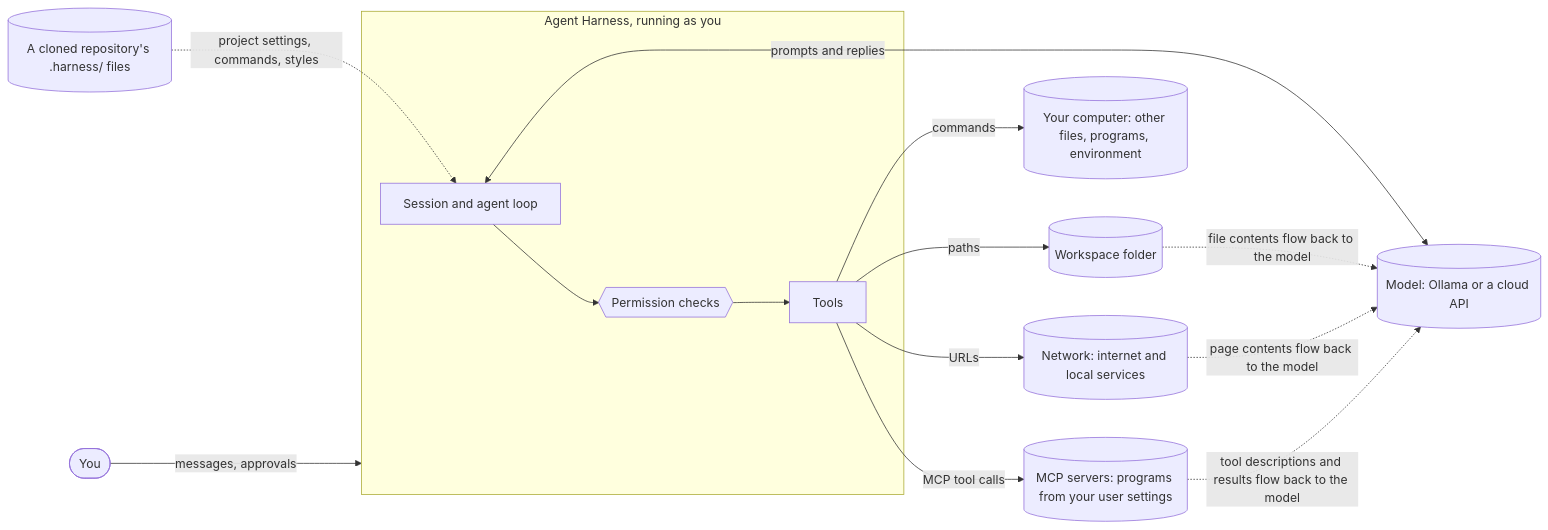
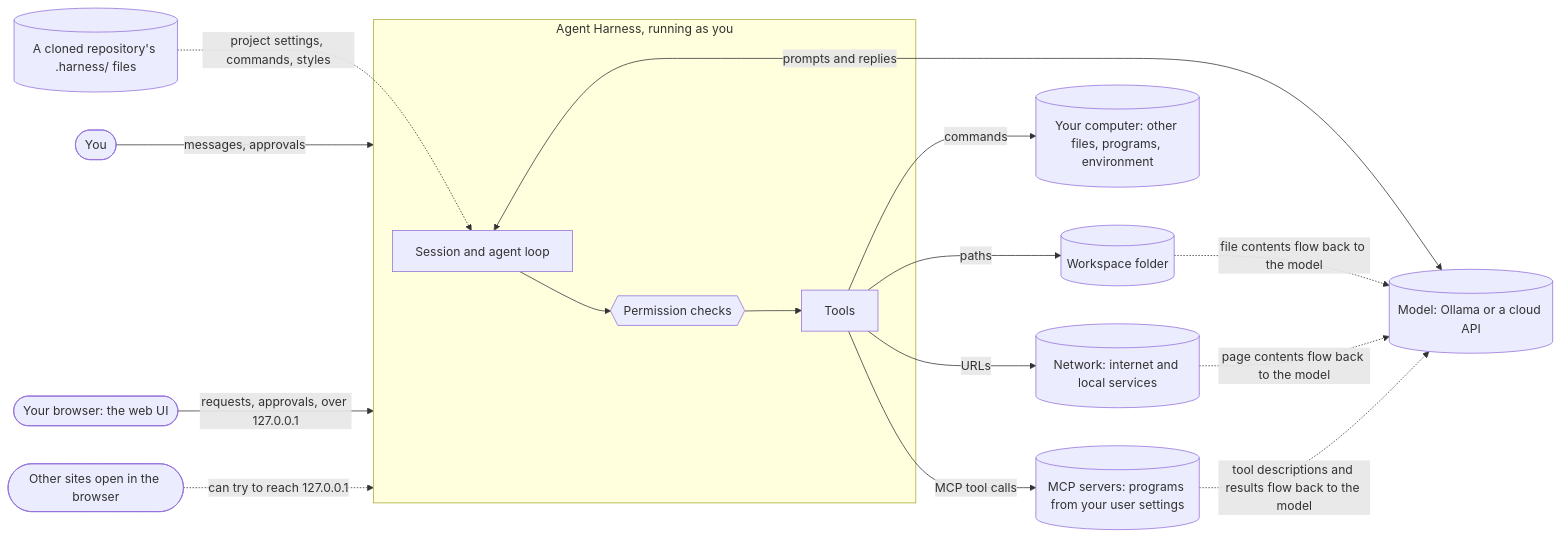
Before and after one commit to havish-coder/agent-harness: the first of 2 diagrams in docs/security.md, drawn with Mermaid. The commit also changed other lines of this file and 9 other files, not shown here.

````diff
--- a/docs/security.md
+++ b/docs/security.md
@@ -27,17 +27,19 @@
 ```mermaid
 flowchart LR
     U([You]) -->|messages, approvals| H
     subgraph H[Agent Harness, running as you]
         S[Session and agent loop] --> P{{Permission checks}}
         P --> T[Tools]
     end
     S <-->|prompts and replies| M[(Model: Ollama or a cloud API)]
     T -->|paths| W[(Workspace folder)]
     T -->|commands| OS[(Your computer: other files, programs, environment)]
     T -->|URLs| N[(Network: internet and local services)]
     T -->|MCP tool calls| MC[(MCP servers: programs from your user settings)]
     R[(A cloned repository's .harness/ files)] -.->|project settings, commands, styles| S
     W -.->|file contents flow back to the model| M
     N -.->|page contents flow back to the model| M
     MC -.->|tool descriptions and results flow back to the model| M
+    B([Your browser: the web UI]) -->|requests, approvals, over 127.0.0.1| H
+    X([Other sites open in the browser]) -.->|can try to reach 127.0.0.1| H
 ```
````
